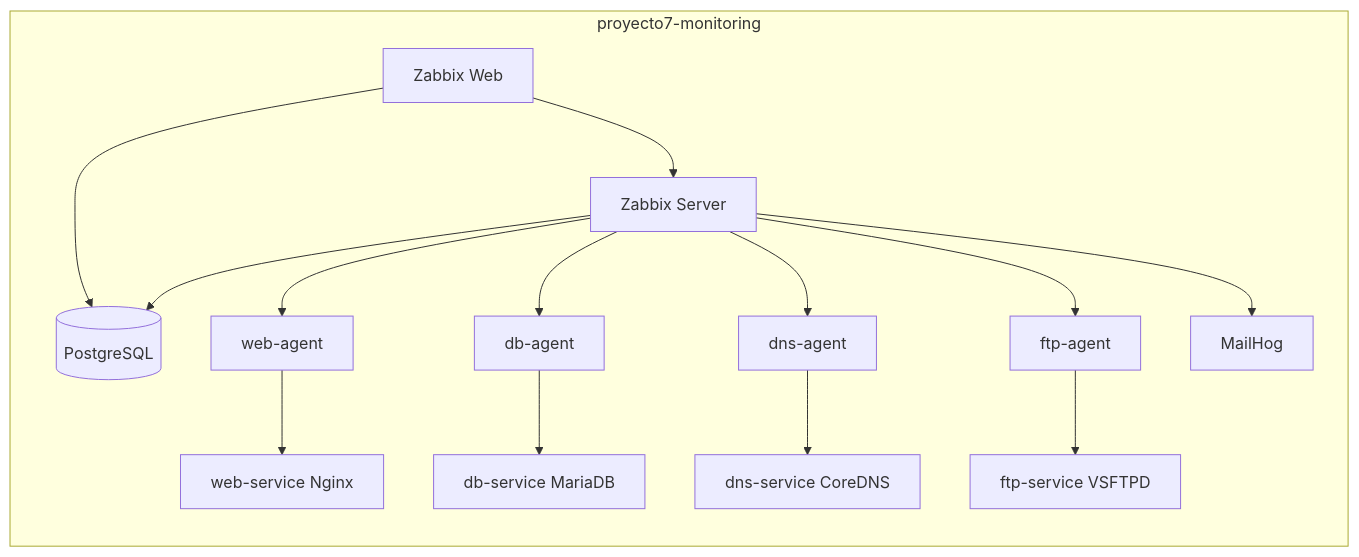
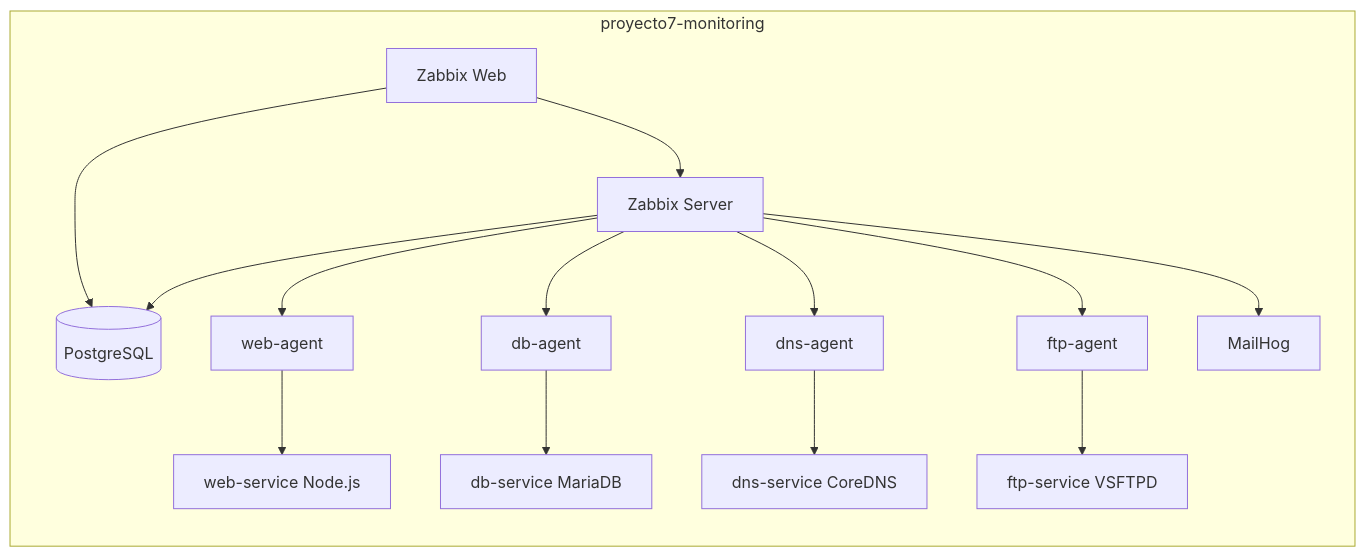
One commit to ballesterossmartsolutionssas/Proyecto7-Zabbix changed the diagram in README.md. Above: the diagram before and after it, drawn with Mermaid. The commit also changed other lines of this file and 7 other files, not shown here.

Commit message:
Add backend load testing web service

````diff
--- a/README.md
+++ b/README.md
@@ -16,30 +18,30 @@
 ```mermaid
 flowchart LR
     subgraph Red["proyecto7-monitoring"]
         PG[(PostgreSQL)]
         ZS[Zabbix Server]
         ZW[Zabbix Web]
         MH[MailHog]
-        WEB[web-service Nginx]
+    WEB[web-service Node.js]
         DB[db-service MariaDB]
         DNS[dns-service CoreDNS]
         FTP[ftp-service VSFTPD]
         WA[web-agent]
         DA[db-agent]
         DNA[dns-agent]
         FA[ftp-agent]
     end
 
     ZS --> PG
     ZW --> ZS
     ZW --> PG
     ZS --> WA
     ZS --> DA
     ZS --> DNA
     ZS --> FA
     WA --> WEB
     DA --> DB
     DNA --> DNS
     FA --> FTP
     ZS --> MH
 ```
````
